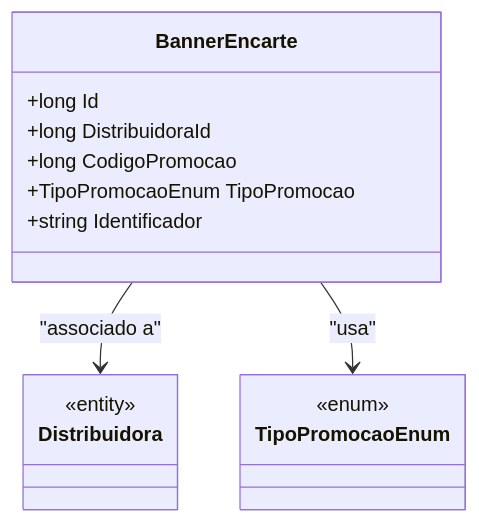
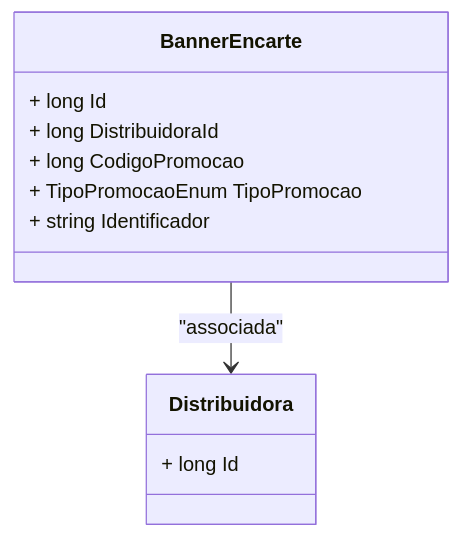
The diagram in docs/b2b-dominio/IsthmusWinthor.Nucleo/IsthmusWinthor.Dominio/Entidades/BannerEncarte.md (IsthmusSistemas/documentacao-tecnica), drawn with Mermaid before and after one commit. The commit also changed other lines of this file and 882 other files, not shown here.

````diff
--- a/docs/b2b-dominio/IsthmusWinthor.Nucleo/IsthmusWinthor.Dominio/Entidades/BannerEncarte.md
+++ b/docs/b2b-dominio/IsthmusWinthor.Nucleo/IsthmusWinthor.Dominio/Entidades/BannerEncarte.md
@@ -21,21 +21,16 @@
 ```mermaid
 classDiagram
     class BannerEncarte {
-        +long Id
-        +long DistribuidoraId
-        +long CodigoPromocao
-        +TipoPromocaoEnum TipoPromocao
-        +string Identificador
+        + long Id
+        + long DistribuidoraId
+        + long CodigoPromocao
+        + TipoPromocaoEnum TipoPromocao
+        + string Identificador
     }
     
     class Distribuidora {
-        <<entity>>
+        + long Id
     }
     
-    class TipoPromocaoEnum {
-        <<enum>>
-    }
-    
-    BannerEncarte --> Distribuidora : "associado a"
-    BannerEncarte --> TipoPromocaoEnum : "usa"
-```
+    BannerEncarte --> Distribuidora : "associada"
+``` 
````
